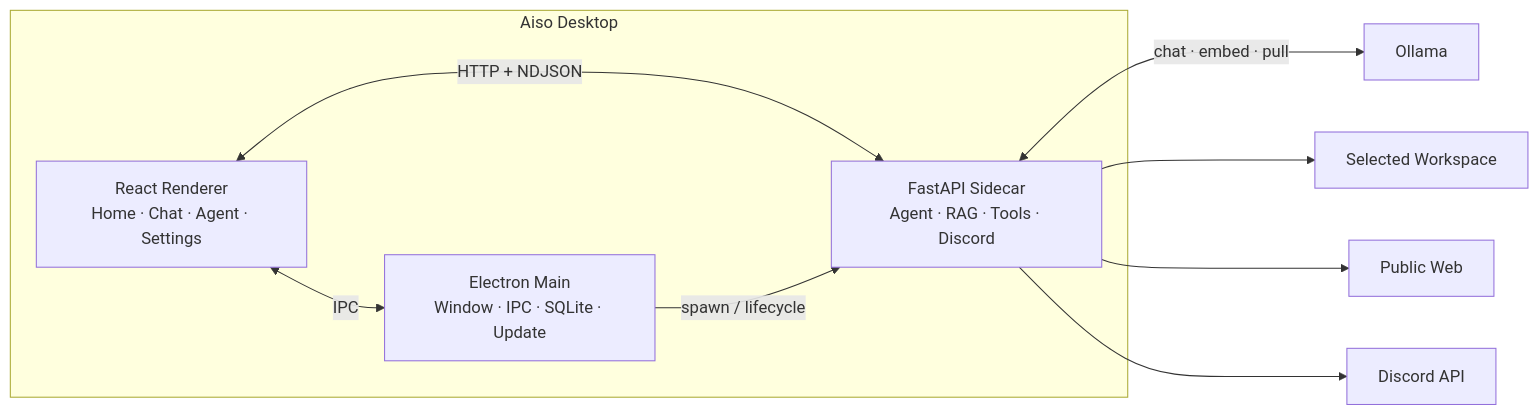
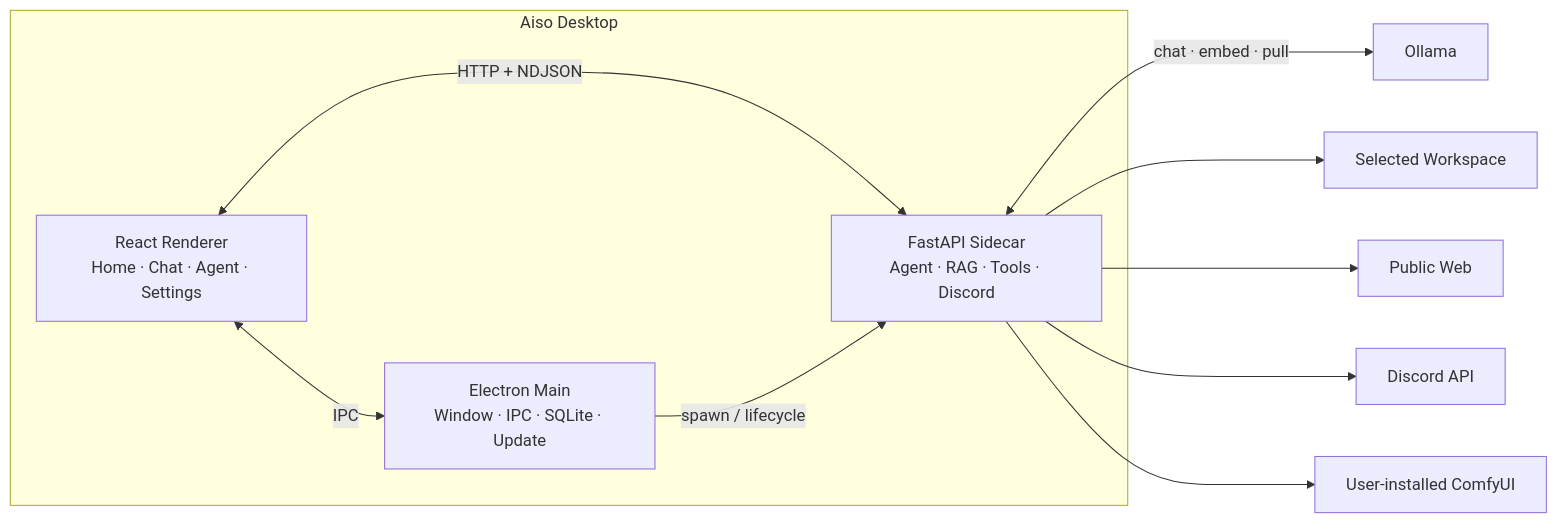
One commit to devbin-lab/AISO changed the diagram in README.md. Above: the diagram before and after it, drawn with Mermaid. The commit also changed other lines of this file and 34 other files, not shown here.

````diff
--- a/README.md
+++ b/README.md
@@ -274,16 +285,17 @@
 ```mermaid
 flowchart LR
     subgraph Desktop["Aiso Desktop"]
         Renderer["React Renderer<br/>Home · Chat · Agent · Settings"]
         Main["Electron Main<br/>Window · IPC · SQLite · Update"]
         Sidecar["FastAPI Sidecar<br/>Agent · RAG · Tools · Discord"]
     end
 
     Renderer <-->|IPC| Main
     Renderer <-->|"HTTP + NDJSON"| Sidecar
     Main -->|"spawn / lifecycle"| Sidecar
     Sidecar <-->|"chat · embed · pull"| Ollama["Ollama"]
     Sidecar --> Workspace["Selected Workspace"]
     Sidecar --> Web["Public Web"]
     Sidecar --> Discord["Discord API"]
+    Sidecar --> ComfyUI["User-installed ComfyUI"]
 ```
````
